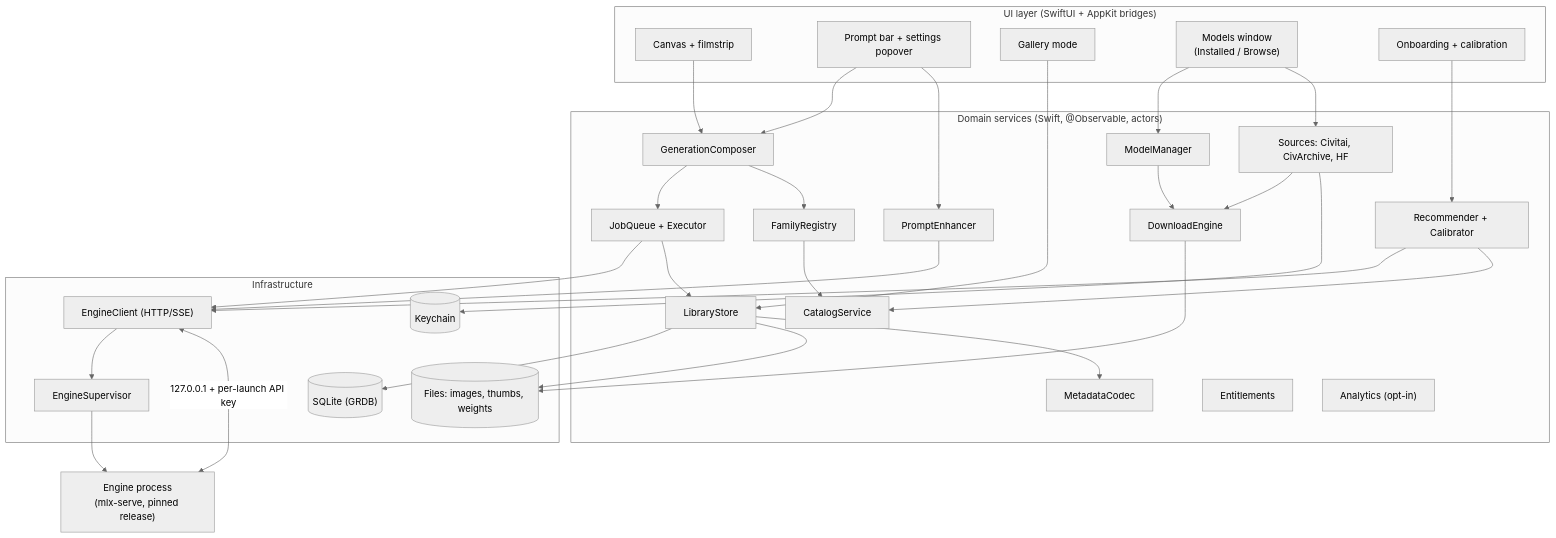
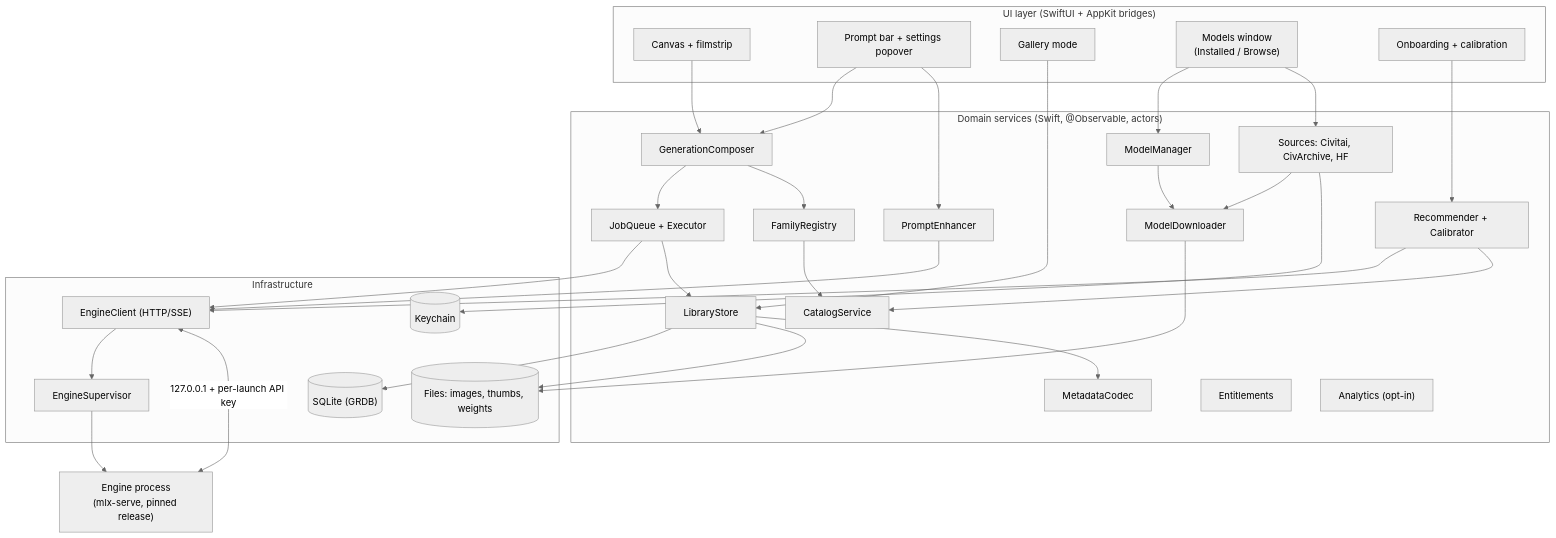
One commit to fearless-holdings/mlx-create changed the second of 5 diagrams in docs/HLD.md. Above: the diagram before and after it, drawn with Mermaid (neutral theme). The commit also changed other lines of this file and 2 other files, not shown here.

````diff
--- a/docs/HLD.md
+++ b/docs/HLD.md
@@ -122,55 +123,55 @@
 ```mermaid
 flowchart TB
   subgraph UI["UI layer (SwiftUI + AppKit bridges)"]
     canvas["Canvas + filmstrip"]
     prompt["Prompt bar + settings popover"]
     gallery["Gallery mode"]
     models["Models window<br/>(Installed / Browse)"]
     onboarding["Onboarding + calibration"]
   end
 
   subgraph Domain["Domain services (Swift, @Observable, actors)"]
     composer["GenerationComposer"]
     queue["JobQueue + Executor"]
     enhancer["PromptEnhancer"]
     library["LibraryStore"]
     meta["MetadataCodec"]
     families["FamilyRegistry"]
     catalog["CatalogService"]
     recommender["Recommender + Calibrator"]
     modelmgr["ModelManager"]
     sources["Sources: Civitai, CivArchive, HF"]
-    downloads["DownloadEngine"]
+    downloads["ModelDownloader"]
     ent["Entitlements"]
     telemetry["Analytics (opt-in)"]
   end
 
   subgraph Infra["Infrastructure"]
     supervisor["EngineSupervisor"]
     client["EngineClient (HTTP/SSE)"]
     db[("SQLite (GRDB)")]
     files[("Files: images, thumbs, weights")]
     keychain[("Keychain")]
   end
 
   engine["Engine process<br/>(mlx-serve, pinned release)"]
 
   canvas & prompt --> composer --> queue
   prompt --> enhancer
   gallery --> library
   models --> modelmgr & sources
   onboarding --> recommender
   queue --> client
   enhancer --> client
   recommender --> client
   queue --> library --> db & files
   library --> meta
   composer --> families
   families --> catalog
   recommender --> catalog
   modelmgr --> downloads --> files
   sources --> downloads
   sources --> keychain
   client --> supervisor --> engine
   client <-->|"127.0.0.1 + per-launch API key"| engine
 ```
````
